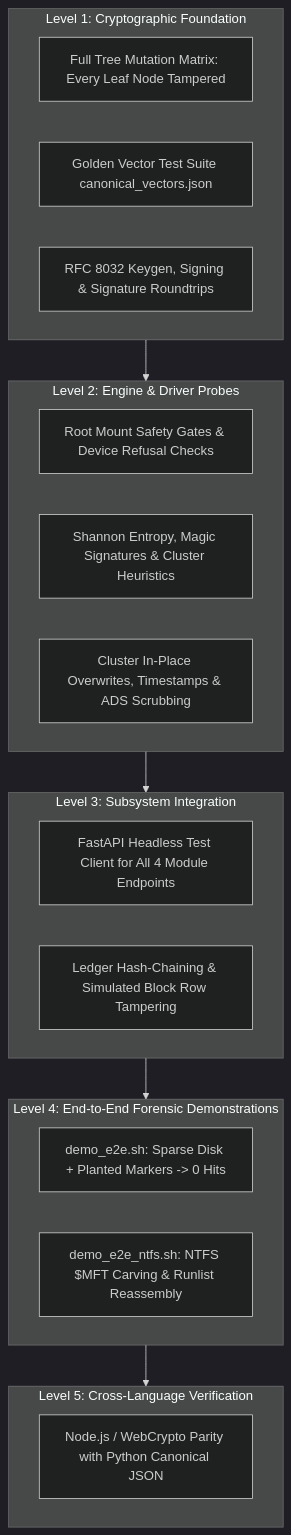
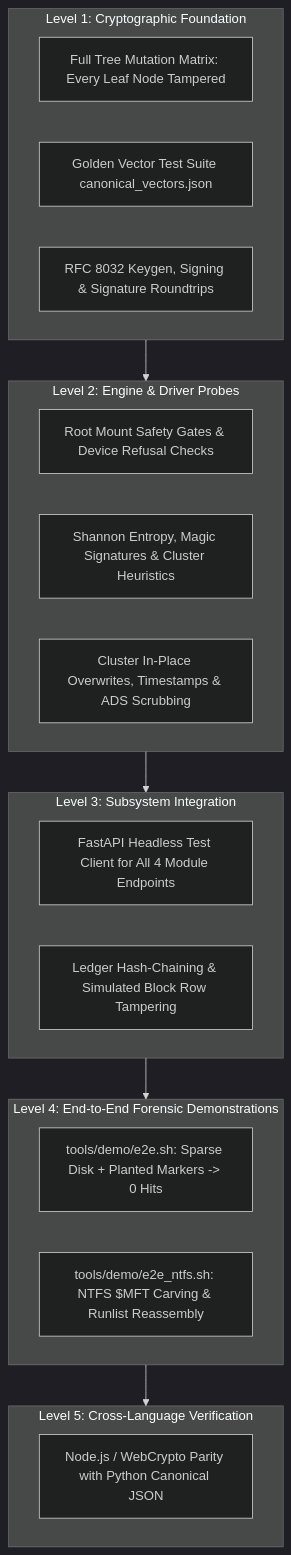
One commit to kartik2005221/s0 changed the diagram in docs/project/test-plan.md. Above: the diagram before and after it, drawn with Mermaid (dark theme). The commit also changed other lines of this file and 319 other files, not shown here.

````diff
--- a/docs/project/test-plan.md
+++ b/docs/project/test-plan.md
@@ -18,30 +18,30 @@
 ```mermaid
 graph TD
     subgraph Level5 ["Level 5: Cross-Language Verification"]
         PORTAL[Node.js / WebCrypto Parity with Python Canonical JSON]
     end
 
     subgraph Level4 ["Level 4: End-to-End Forensic Demonstrations"]
-        E2E_WIPE[demo_e2e.sh: Sparse Disk + Planted Markers -> 0 Hits]
-        E2E_NTFS[demo_e2e_ntfs.sh: NTFS $MFT Carving & Runlist Reassembly]
+        E2E_WIPE[tools/demo/e2e.sh: Sparse Disk + Planted Markers -> 0 Hits]
+        E2E_NTFS[tools/demo/e2e_ntfs.sh: NTFS $MFT Carving & Runlist Reassembly]
     end
 
     subgraph Level3 ["Level 3: Subsystem Integration"]
         GUI_TESTS[FastAPI Headless Test Client for All 4 Module Endpoints]
         AUDIT_TESTS[Ledger Hash-Chaining & Simulated Block Row Tampering]
     end
 
     subgraph Level2 ["Level 2: Engine & Driver Probes"]
         SAFETY_TESTS[Root Mount Safety Gates & Device Refusal Checks]
         CARVER_TESTS[Shannon Entropy, Magic Signatures & Cluster Heuristics]
         ERASER_TESTS[Cluster In-Place Overwrites, Timestamps & ADS Scrubbing]
     end
 
     subgraph Level1 ["Level 1: Cryptographic Foundation"]
         TAMPER_MATRIX[Full Tree Mutation Matrix: Every Leaf Node Tampered]
         CANONICAL_TESTS[Golden Vector Test Suite canonical_vectors.json]
         ED25519_TESTS[RFC 8032 Keygen, Signing & Signature Roundtrips]
     end
 
     Level1 --> Level2 --> Level3 --> Level4 --> Level5
 ```
````
